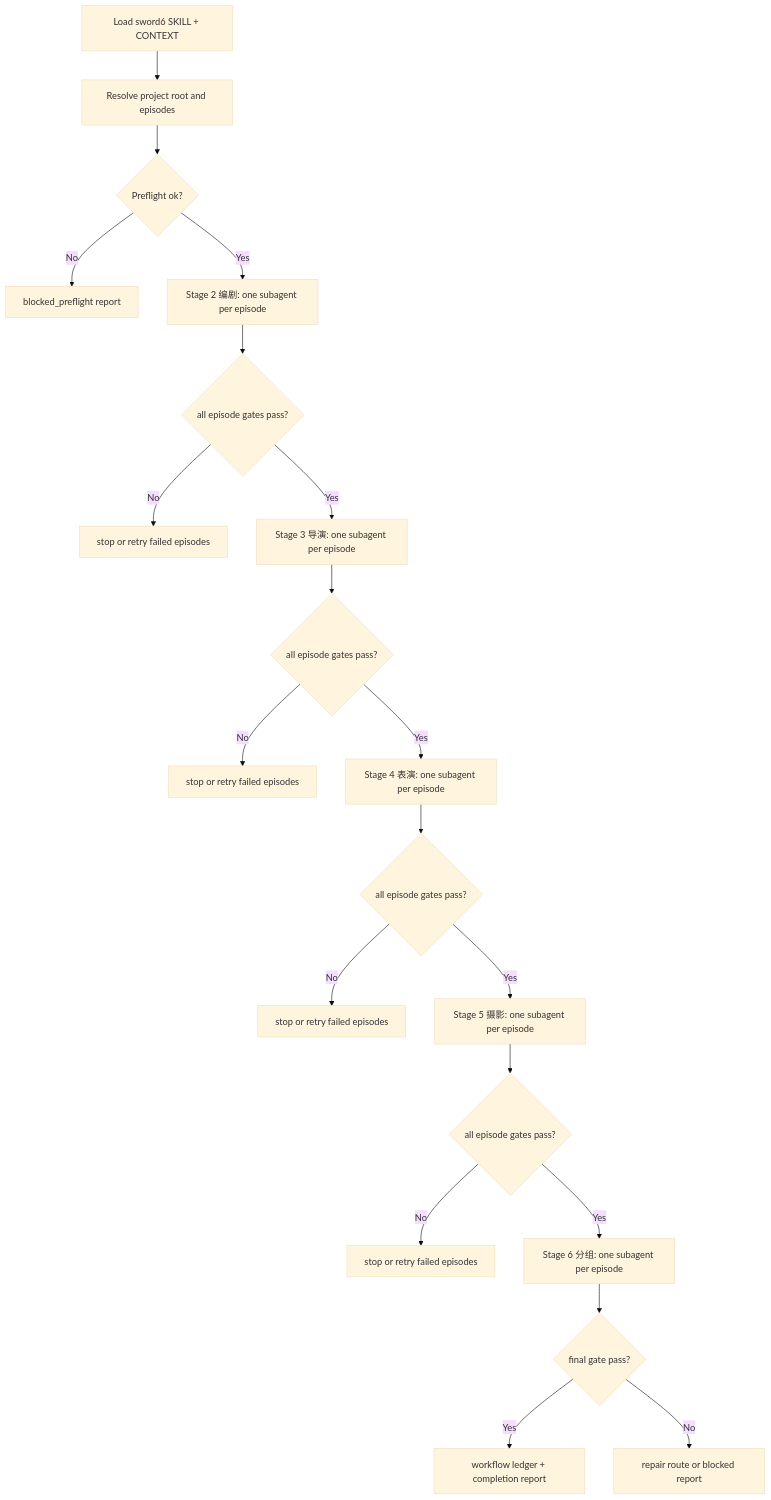
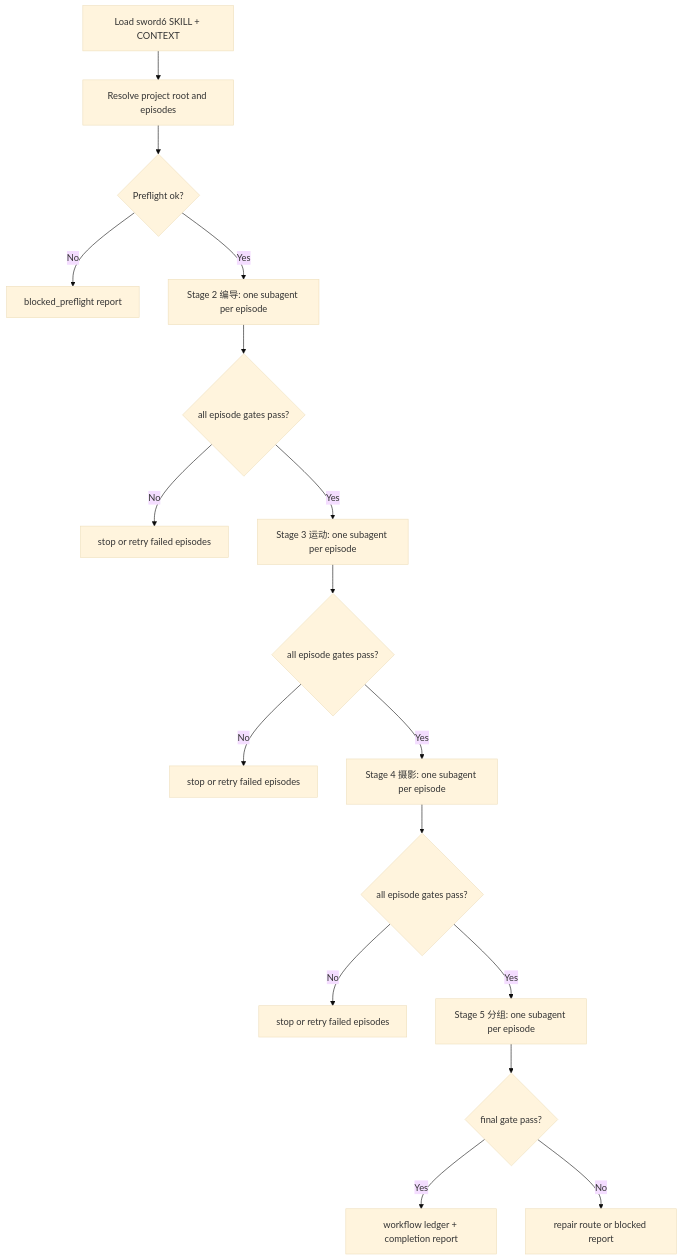
Before and after one commit to ZEN-VOID/AI-CUT: the diagram in .agents/skills/aigc/workflow/sword6/SKILL.md, drawn with Mermaid (base theme). The commit also changed other lines of this file and 1070 other files, not shown here.

````diff
--- a/.agents/skills/aigc/workflow/sword6/SKILL.md
+++ b/.agents/skills/aigc/workflow/sword6/SKILL.md
@@ -83,22 +83,19 @@
 ```mermaid
 flowchart TD
     A["Load sword6 SKILL + CONTEXT"] --> B["Resolve project root and episodes"]
     B --> C{"Preflight ok?"}
     C -->|"No"| X["blocked_preflight report"]
-    C -->|"Yes"| S2["Stage 2 编剧: one subagent per episode"]
+    C -->|"Yes"| S2["Stage 2 编导: one subagent per episode"]
     S2 --> G2{"all episode gates pass?"}
     G2 -->|"No"| R2["stop or retry failed episodes"]
-    G2 -->|"Yes"| S3["Stage 3 导演: one subagent per episode"]
+    G2 -->|"Yes"| S3["Stage 3 运动: one subagent per episode"]
     S3 --> G3{"all episode gates pass?"}
     G3 -->|"No"| R3["stop or retry failed episodes"]
-    G3 -->|"Yes"| S4["Stage 4 表演: one subagent per episode"]
+    G3 -->|"Yes"| S4["Stage 4 摄影: one subagent per episode"]
     S4 --> G4{"all episode gates pass?"}
     G4 -->|"No"| R4["stop or retry failed episodes"]
-    G4 -->|"Yes"| S5["Stage 5 摄影: one subagent per episode"]
-    S5 --> G5{"all episode gates pass?"}
-    G5 -->|"No"| R5["stop or retry failed episodes"]
-    G5 -->|"Yes"| S6["Stage 6 分组: one subagent per episode"]
-    S6 --> G6{"final gate pass?"}
-    G6 -->|"Yes"| O["workflow ledger + completion report"]
-    G6 -->|"No"| R6["repair route or blocked report"]
+    G4 -->|"Yes"| S5["Stage 5 分组: one subagent per episode"]
+    S5 --> G5{"final gate pass?"}
+    G5 -->|"Yes"| O["workflow ledger + completion report"]
+    G5 -->|"No"| R5["repair route or blocked report"]
 ```
````
